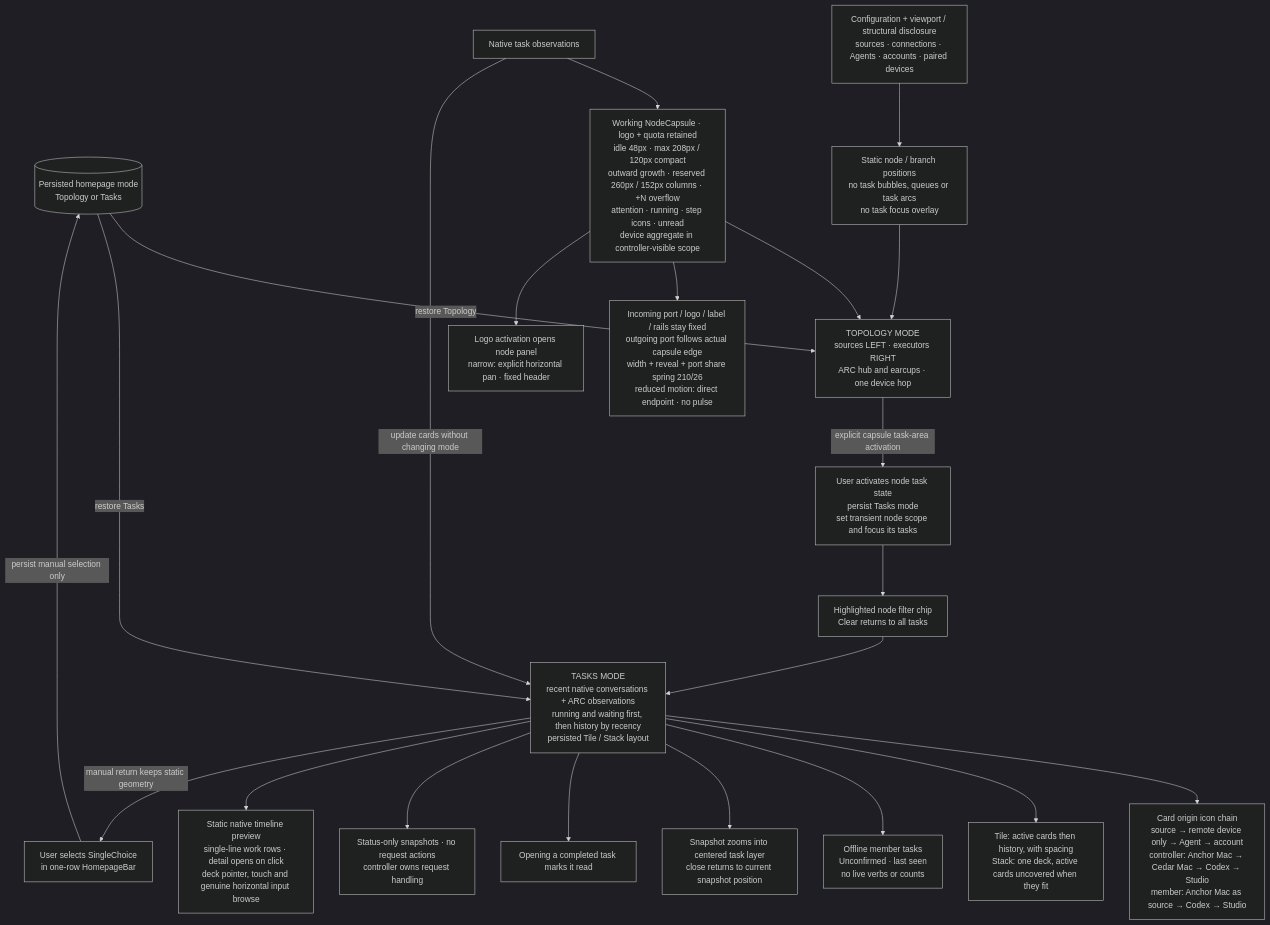
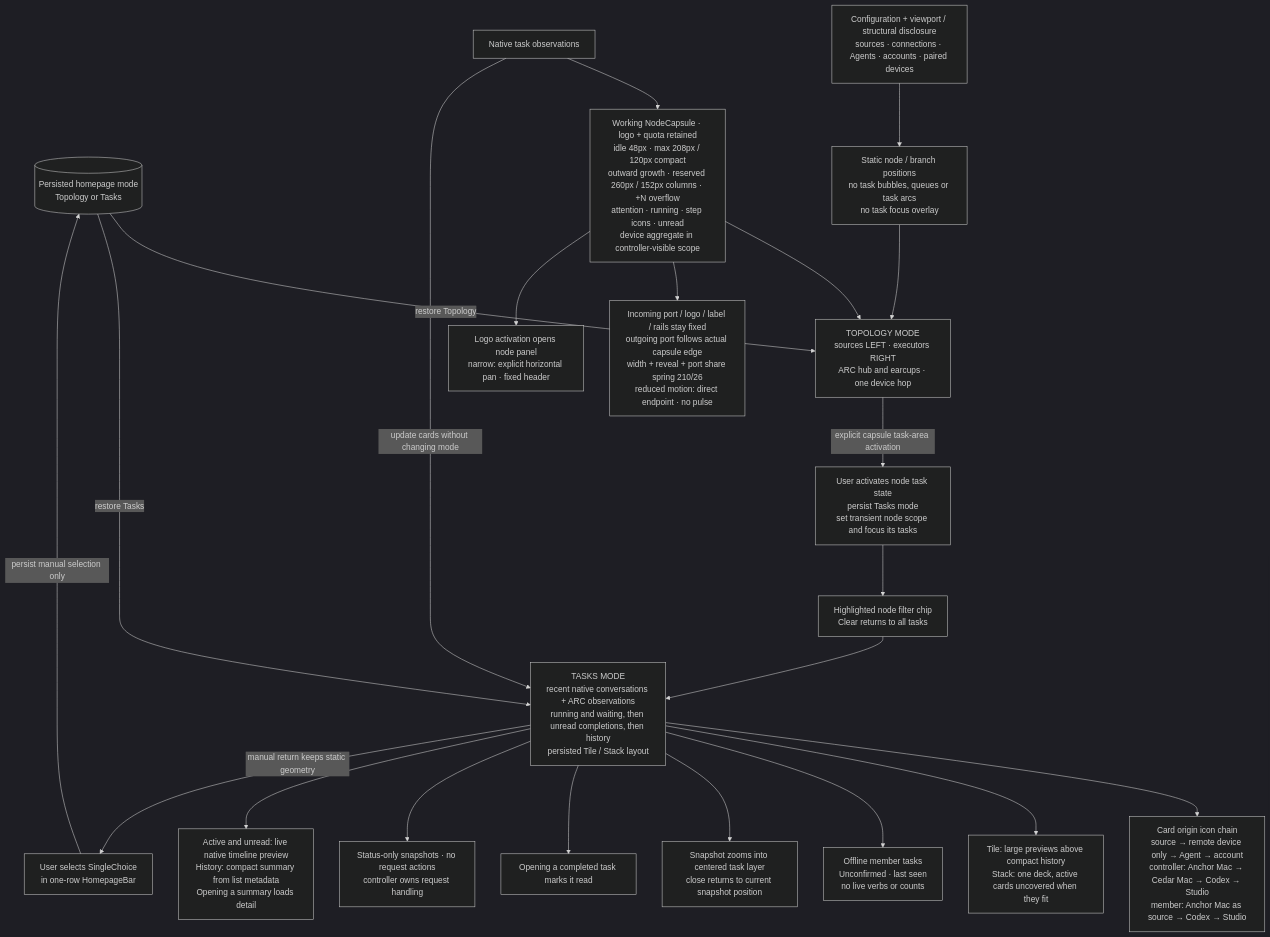
Before and after one commit to whzxc/agent-remote-control: the diagram in arch/mechanisms/homepage-modes.mmd, drawn with Mermaid (dark theme). The commit also changed 36 other files, not shown here.

Commit message:
fix(tasks): compact history and classify tool summaries

```diff
--- a/arch/mechanisms/homepage-modes.mmd
+++ b/arch/mechanisms/homepage-modes.mmd
@@ -1,39 +1,39 @@
 %% Homepage modes (layer 2): static topology and task presentation are independent projections.
 %% Index and code mapping: docs/dev/arch-assets.md
 flowchart TB
   preference[("Persisted homepage mode<br/>Topology or Tasks")]
   switch["User selects SingleChoice<br/>in one-row HomepageBar"]
   topology["TOPOLOGY MODE<br/>sources LEFT · executors RIGHT<br/>ARC hub and earcups · one device hop"]
   config["Configuration + viewport / structural disclosure<br/>sources · connections · Agents · accounts · paired devices"]
   positions["Static node / branch positions<br/>no task bubbles, queues or task arcs<br/>no task focus overlay"]
   observations["Native task observations"]
   badges["Working NodeCapsule · logo + quota retained<br/>idle 48px · max 208px / 120px compact<br/>outward growth · reserved 260px / 152px columns · +N overflow<br/>attention · running · step icons · unread<br/>device aggregate in controller-visible scope"]
   ports["Incoming port / logo / label / rails stay fixed<br/>outgoing port follows actual capsule edge<br/>width + reveal + port share spring 210/26<br/>reduced motion: direct endpoint · no pulse"]
   panel["Logo activation opens node panel<br/>narrow: explicit horizontal pan · fixed header"]
   jump["User activates node task state<br/>persist Tasks mode<br/>set transient node scope and focus its tasks"]
-  tasks["TASKS MODE<br/>recent native conversations + ARC observations<br/>running and waiting first, then history by recency<br/>persisted Tile / Stack layout"]
-  layout["Tile: active cards then history, with spacing<br/>Stack: one deck, active cards uncovered when they fit"]
+  tasks["TASKS MODE<br/>recent native conversations + ARC observations<br/>running and waiting, then unread completions, then history<br/>persisted Tile / Stack layout"]
+  layout["Tile: large previews above compact history<br/>Stack: one deck, active cards uncovered when they fit"]
   chain["Card origin icon chain<br/>source → remote device only → Agent → account<br/>controller: Anchor Mac → Cedar Mac → Codex → Studio<br/>member: Anchor Mac as source → Codex → Studio"]
   offline["Offline member tasks<br/>Unconfirmed · last seen<br/>no live verbs or counts"]
   filter["Highlighted node filter chip<br/>Clear returns to all tasks"]
   details["Snapshot zooms into centered task layer<br/>close returns to current snapshot position"]
   read["Opening a completed task marks it read"]
   order["Status-only snapshots · no request actions<br/>controller owns request handling"]
-  overflow["Static native timeline preview<br/>single-line work rows · detail opens on click<br/>deck pointer, touch and genuine horizontal input browse"]
+  overflow["Active and unread: live native timeline preview<br/>History: compact summary from list metadata<br/>Opening a summary loads detail"]
   switch -->|"persist manual selection only"| preference
   preference -->|"restore Topology"| topology
   preference -->|"restore Tasks"| tasks
   config --> positions --> topology
   observations --> badges --> topology
   badges --> ports
   badges --> panel
   observations -->|"update cards without changing mode"| tasks
   topology -->|"explicit capsule task-area activation"| jump --> filter --> tasks
   tasks --> chain
   tasks --> layout
   tasks --> offline
   tasks --> details
   tasks --> read
   tasks --> order
   tasks --> overflow
   tasks -->|"manual return keeps static geometry"| switch
```
